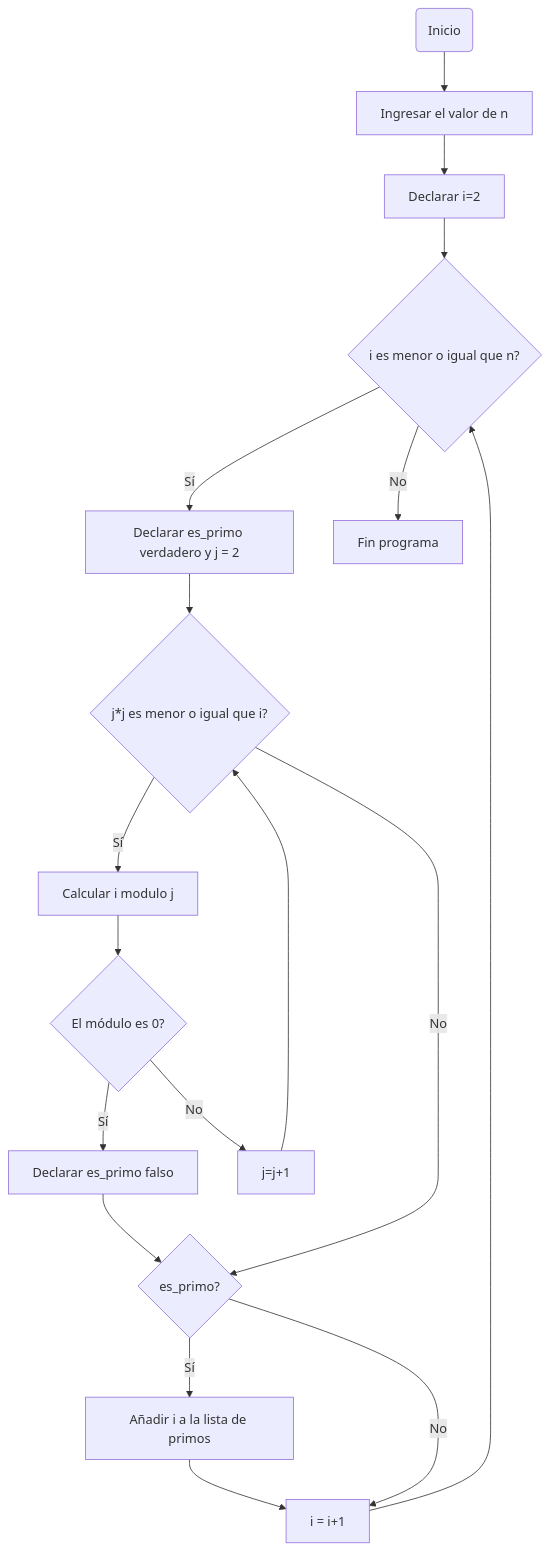
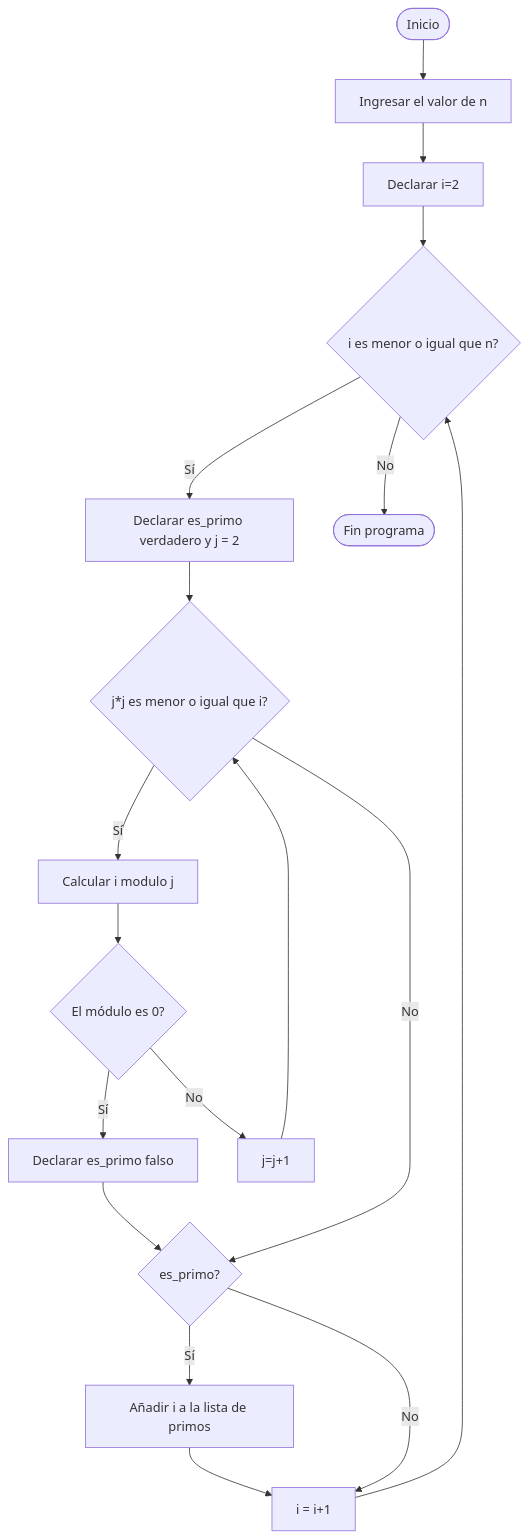
One commit to AFMartinezF/pdc_unal_reto3 changed the diagram in README.md. Above: the diagram before and after it, drawn with Mermaid.

Commit message:
Minor change on FD

````diff
--- a/README.md
+++ b/README.md
@@ -32,20 +32,20 @@
 ```mermaid
 flowchart TD;
-    A(Inicio) --> B[Ingresar el valor de  n];
+    A([Inicio]) --> B[Ingresar el valor de  n];
     B --> C;
     C[Declarar i=2];
     C--> D;
     D{i es menor o igual que n?} -- Sí --> E;
     E[Declarar es_primo verdadero y j = 2];
     E --> F;
     F{j*j es menor o igual que i?} -- Sí --> G[Calcular i modulo j];
     G --> H;
     H{El módulo es 0?} -- Sí --> I[Declarar es_primo falso];
     I --> K;
     H -- No -->J[j=j+1] --> F;
     F -- No --> K{es_primo?} -- Sí -->L[Añadir i a la lista de primos]
     L --> M[i = i+1];
     K -- No --> M;
     M --> D;
-    D -- No --> Z[Fin programa];
+    D -- No --> Z([Fin programa]);
 ```
````
